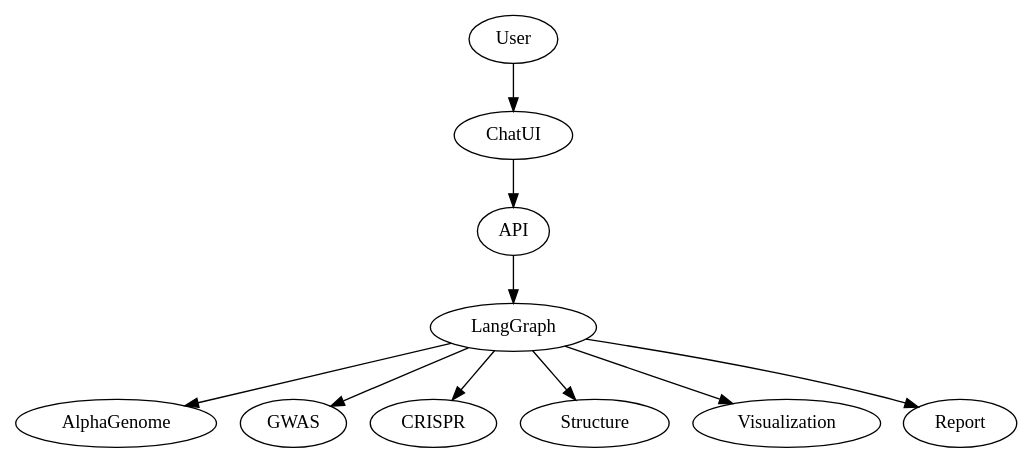
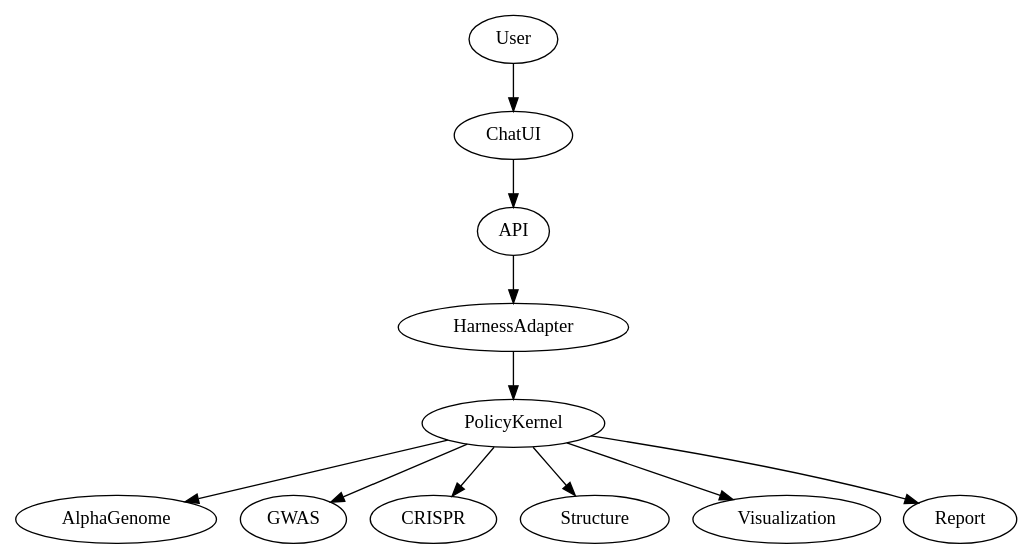
Before and after one commit to adamcatto/CellXP: the diagram in documentation/diagrams/cellxp_graph.dot, drawn with Graphviz. The commit also changed 27 other files, not shown here.

Commit message:
docs: complete harness architecture migration

```diff
--- a/documentation/diagrams/cellxp_graph.dot
+++ b/documentation/diagrams/cellxp_graph.dot
@@ -1,1 +1,1 @@
-digraph CellXP { User -> ChatUI -> API -> LangGraph; LangGraph -> AlphaGenome; LangGraph -> GWAS; LangGraph -> CRISPR; LangGraph -> Structure; LangGraph -> Visualization; LangGraph -> Report; }
+digraph CellXP { User -> ChatUI -> API -> HarnessAdapter -> PolicyKernel; PolicyKernel -> AlphaGenome; PolicyKernel -> GWAS; PolicyKernel -> CRISPR; PolicyKernel -> Structure; PolicyKernel -> Visualization; PolicyKernel -> Report; }
```
